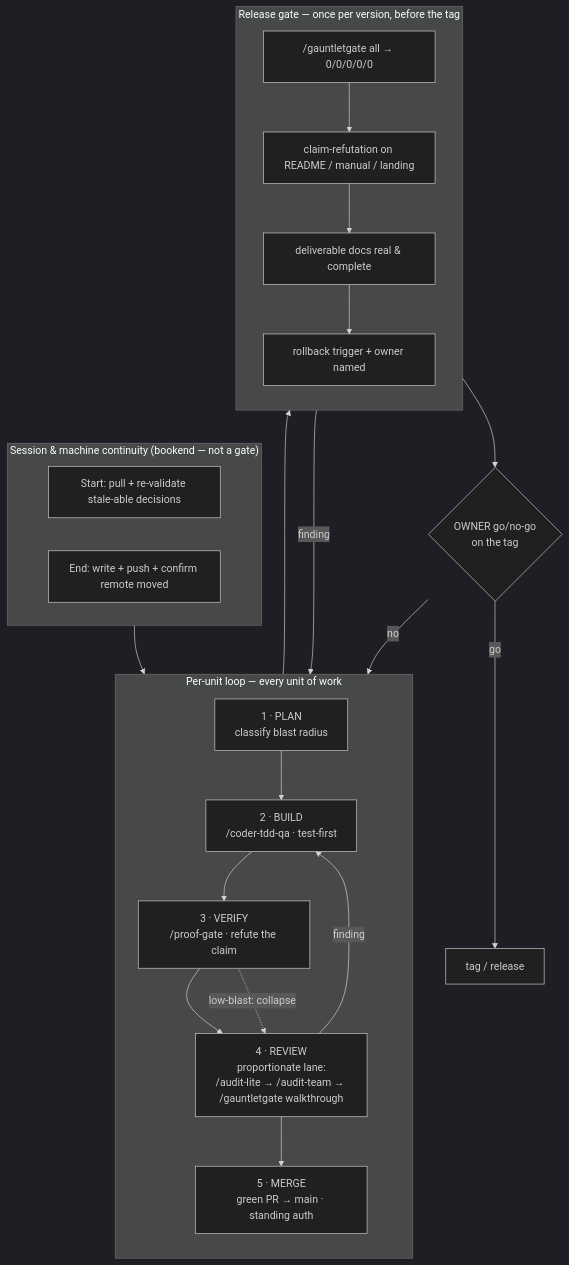
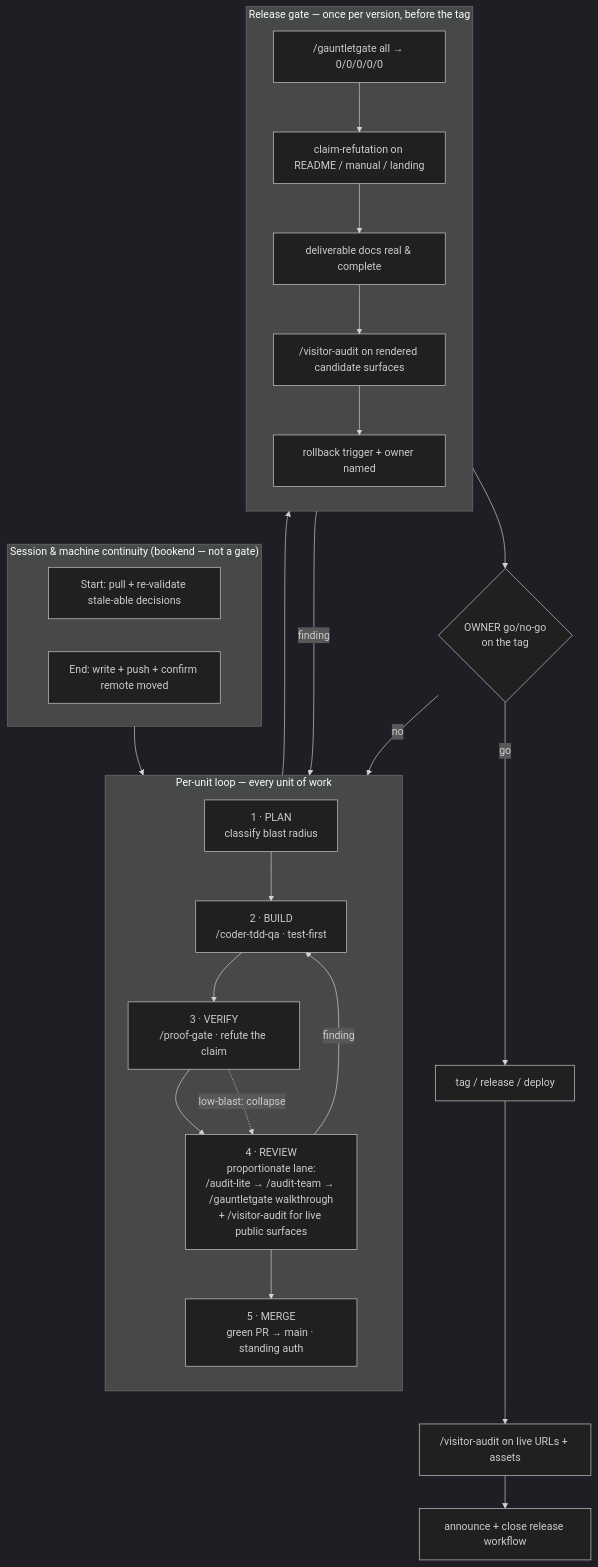
One commit to scottconverse/codex-dev-rigor-stack changed the first of 3 diagrams in docs/ARCHITECTURE.md. Above: the diagram before and after it, drawn with Mermaid (dark theme). The commit also changed other lines of this file and 11 other files, not shown here.

Commit message:
Add visitor audit to rigor stack

````diff
--- a/docs/ARCHITECTURE.md
+++ b/docs/ARCHITECTURE.md
@@ -9,39 +9,42 @@
 ```mermaid
 flowchart TB
     subgraph CONT["Session & machine continuity (bookend — not a gate)"]
         direction LR
         START["Start: pull + re-validate stale-able decisions"]
         ENDS["End: write + push + confirm remote moved"]
     end
 
     CONT --> LOOP
 
     subgraph LOOP["Per-unit loop — every unit of work"]
         direction TB
         P["1 · PLAN<br/>classify blast radius"]
         B["2 · BUILD<br/>/coder-tdd-qa · test-first"]
         V["3 · VERIFY<br/>/proof-gate · refute the claim"]
-        R["4 · REVIEW<br/>proportionate lane:<br/>/audit-lite → /audit-team → /gauntletgate walkthrough"]
+        R["4 · REVIEW<br/>proportionate lane:<br/>/audit-lite → /audit-team → /gauntletgate walkthrough<br/>+ /visitor-audit for live public surfaces"]
         M["5 · MERGE<br/>green PR → main · standing auth"]
         P --> B --> V --> R --> M
         V -. "low-blast: collapse" .-> R
     end
 
     M --> REL
 
     subgraph REL["Release gate — once per version, before the tag"]
         direction TB
         G["/gauntletgate all → 0/0/0/0/0"]
         C["claim-refutation on README / manual / landing"]
         D["deliverable docs real & complete"]
+        VA["/visitor-audit on rendered candidate surfaces"]
         RB["rollback trigger + owner named"]
-        G --> C --> D --> RB
+        G --> C --> D --> VA --> RB
     end
 
     REL --> TAG{"OWNER go/no-go<br/>on the tag"}
-    TAG -->|go| SHIP["tag / release"]
+    TAG -->|go| SHIP["tag / release / deploy"]
     TAG -->|no| LOOP
+    SHIP --> LIVE["/visitor-audit on live URLs + assets"]
+    LIVE --> CLOSE["announce + close release workflow"]
 
     R -->|finding| B
     G -->|finding| B
 ```
````
